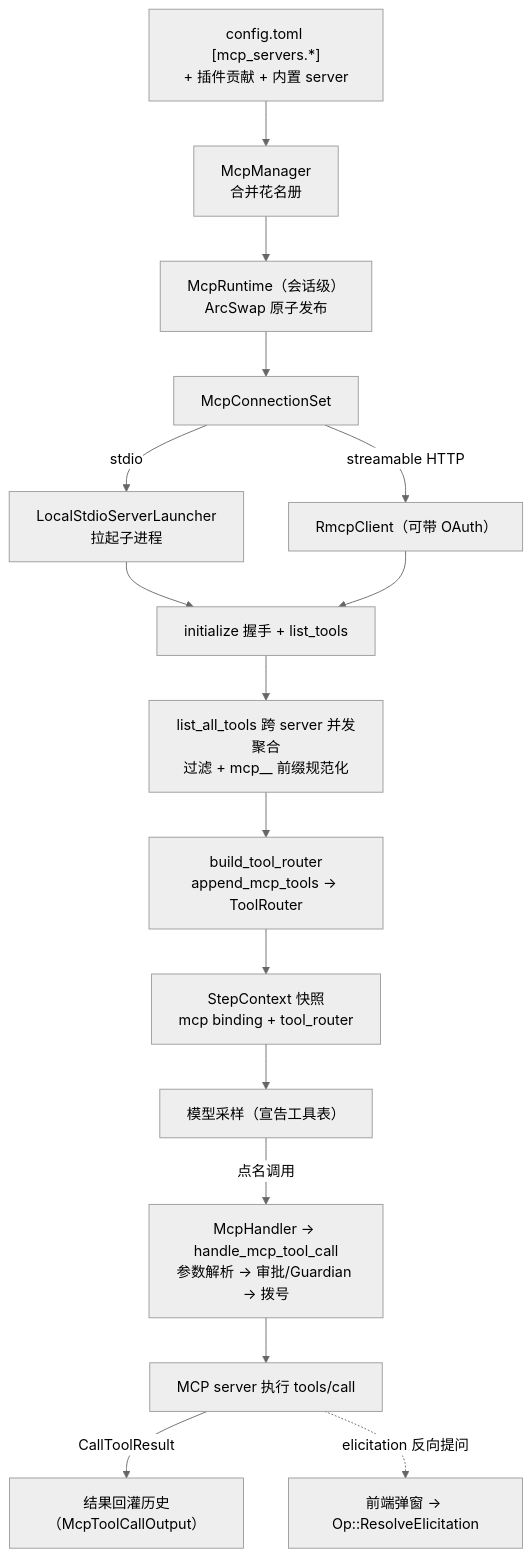
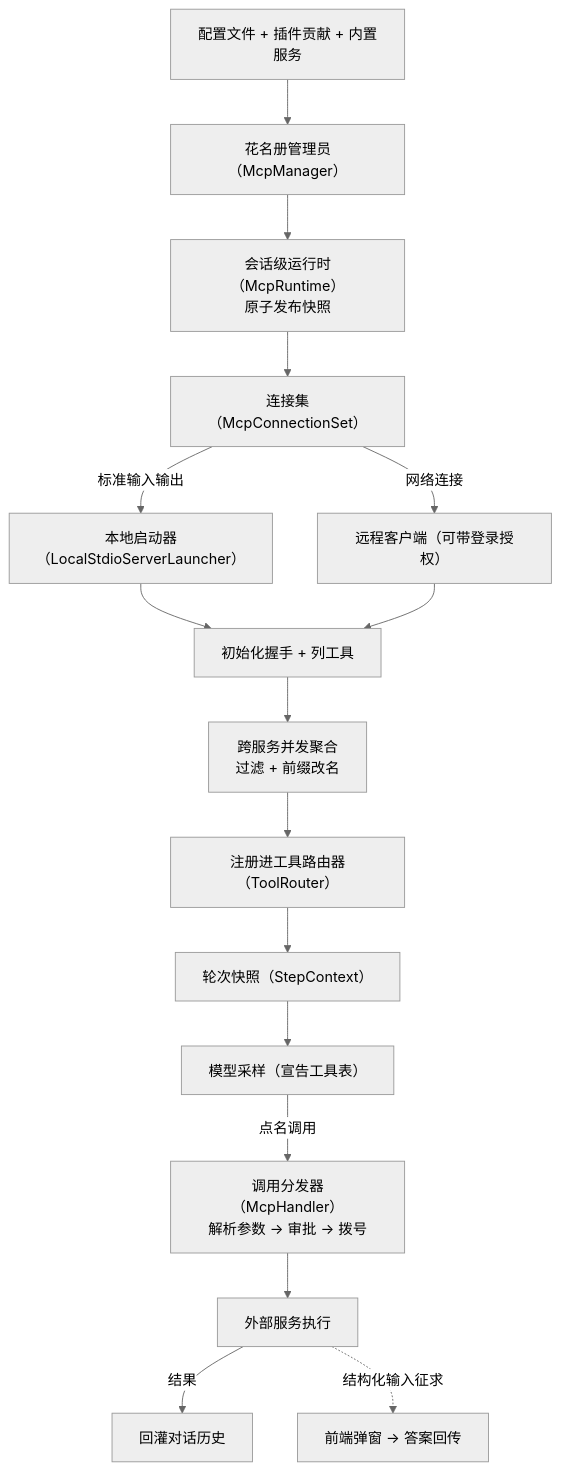
One commit to 13927/codex-book changed the diagram in src/part4/mcp.md. Above: the diagram before and after it, drawn with Mermaid (neutral theme). The commit also changed other lines of this file and 14 other files, not shown here.

````diff
--- a/src/part4/mcp.md
+++ b/src/part4/mcp.md
@@ -50,18 +59,18 @@
 ```mermaid
 flowchart TD
-    CFG["config.toml [mcp_servers.*]<br/>+ 插件贡献 + 内置 server"] --> MGR["McpManager<br/>合并花名册"]
-    MGR --> RT["McpRuntime（会话级）<br/>ArcSwap 原子发布"]
-    RT --> CS["McpConnectionSet"]
-    CS -->|"stdio"| LP["LocalStdioServerLauncher<br/>拉起子进程"]
-    CS -->|"streamable HTTP"| HTTP["RmcpClient（可带 OAuth）"]
-    LP --> HS["initialize 握手 + list_tools"]
+    CFG["配置文件 + 插件贡献 + 内置服务"] --> MGR["花名册管理员（McpManager）"]
+    MGR --> RT["会话级运行时（McpRuntime）<br/>原子发布快照"]
+    RT --> CS["连接集（McpConnectionSet）"]
+    CS -->|"标准输入输出"| LP["本地启动器（LocalStdioServerLauncher）"]
+    CS -->|"网络连接"| HTTP["远程客户端（可带登录授权）"]
+    LP --> HS["初始化握手 + 列工具"]
     HTTP --> HS
-    HS --> CAT["list_all_tools 跨 server 并发聚合<br/>过滤 + mcp__ 前缀规范化"]
-    CAT --> ROUTER["build_tool_router<br/>append_mcp_tools → ToolRouter"]
-    ROUTER --> SNAP["StepContext 快照<br/>mcp binding + tool_router"]
+    HS --> CAT["跨服务并发聚合<br/>过滤 + 前缀改名"]
+    CAT --> ROUTER["注册进工具路由器（ToolRouter）"]
+    ROUTER --> SNAP["轮次快照（StepContext）"]
     SNAP --> MODEL["模型采样（宣告工具表）"]
-    MODEL -->|"点名调用"| H["McpHandler → handle_mcp_tool_call<br/>参数解析 → 审批/Guardian → 拨号"]
-    H --> SRV["MCP server 执行 tools/call"]
-    SRV -->|"CallToolResult"| HIST["结果回灌历史（McpToolCallOutput）"]
-    SRV -.->|"elicitation 反向提问"| USER["前端弹窗 → Op::ResolveElicitation"]
+    MODEL -->|"点名调用"| H["调用分发器（McpHandler）<br/>解析参数 → 审批 → 拨号"]
+    H --> SRV["外部服务执行"]
+    SRV -->|"结果"| HIST["回灌对话历史"]
+    SRV -.->|"结构化输入征求"| USER["前端弹窗 → 答案回传"]
 ```
````
